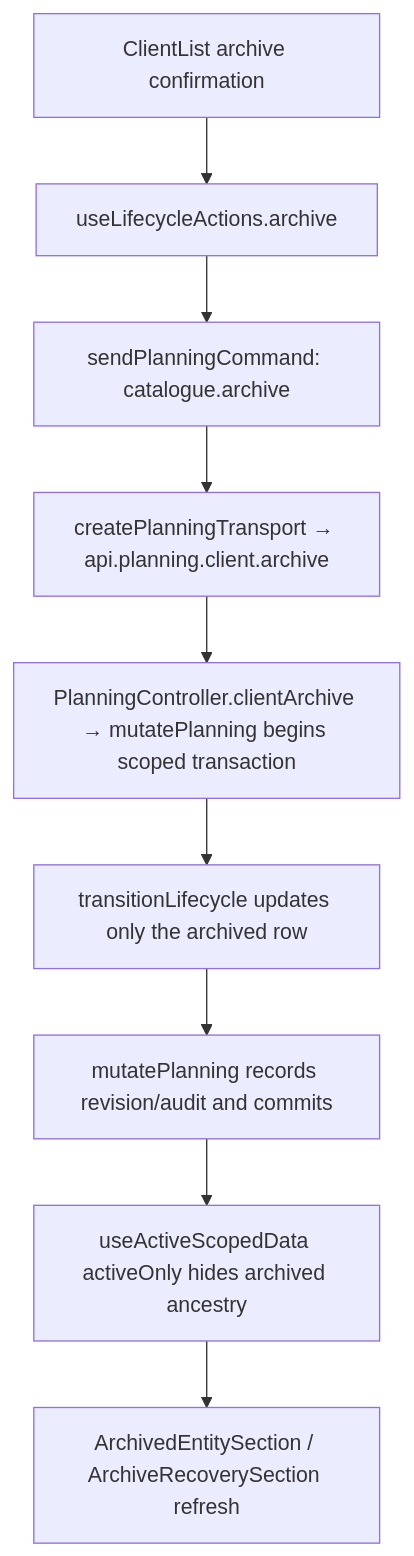
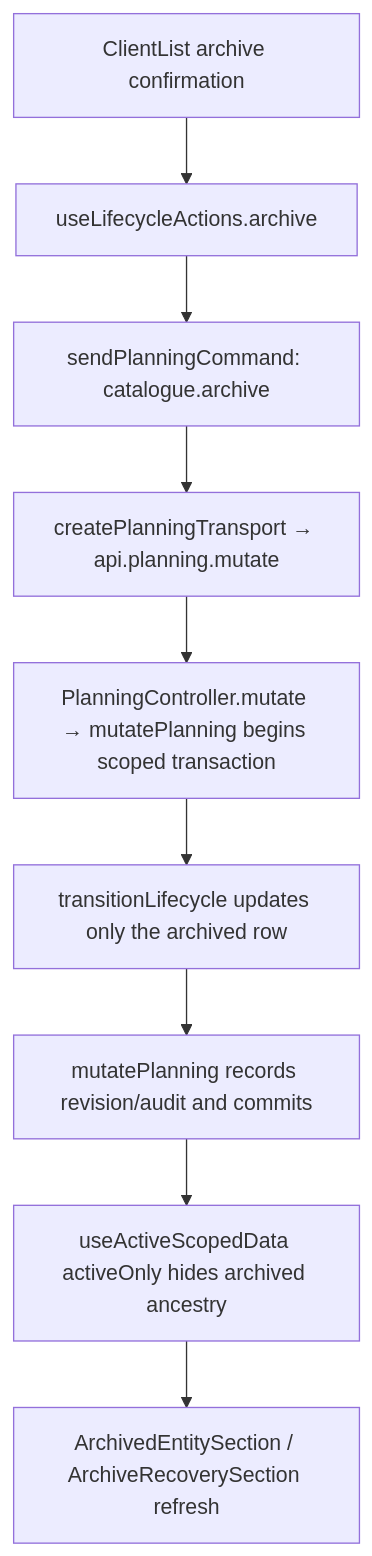
Before and after one commit to Kevinjohn/capacitylens: the second of 2 diagrams in user-stories/clients/US-CLI-03-archive-client.md, drawn with Mermaid. The commit also changed 115 other files, not shown here.

````diff
--- a/user-stories/clients/US-CLI-03-archive-client.md
+++ b/user-stories/clients/US-CLI-03-archive-client.md
@@ -30,7 +30,7 @@
 ```mermaid
 flowchart TD
   A["ClientList archive confirmation"] --> B["useLifecycleActions.archive"] --> C["sendPlanningCommand: catalogue.archive"]
-  C --> D["createPlanningTransport → api.planning.client.archive"] --> E["PlanningController.clientArchive → mutatePlanning begins scoped transaction"]
+  C --> D["createPlanningTransport → api.planning.mutate"] --> E["PlanningController.mutate → mutatePlanning begins scoped transaction"]
   E --> F["transitionLifecycle updates only the archived row"] --> K["mutatePlanning records revision/audit and commits"] --> F2["useActiveScopedData activeOnly hides archived ancestry"]
   F2 --> H["ArchivedEntitySection / ArchiveRecoverySection refresh"]
 ```
````
